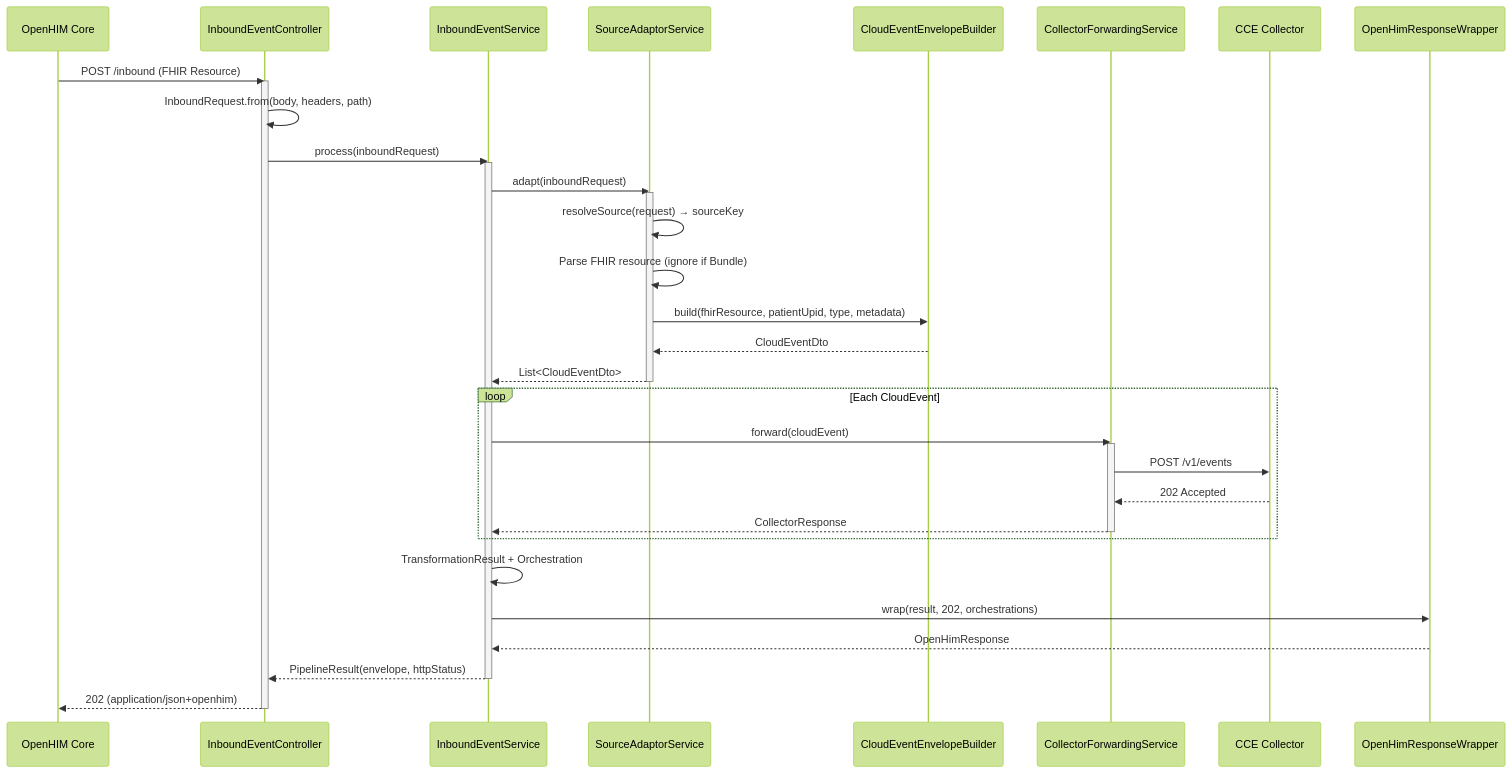
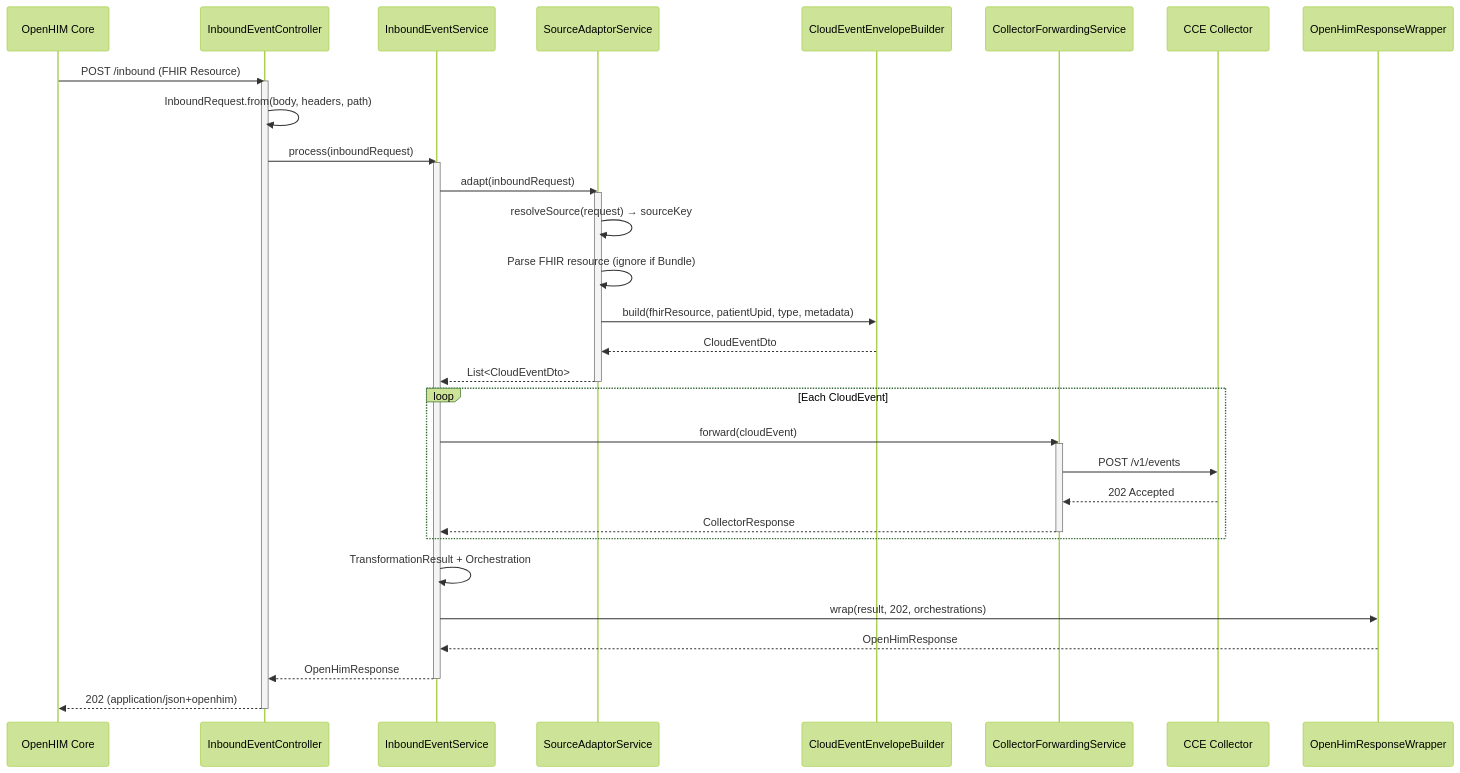
The second of 8 diagrams in docs/flow-diagrams.md (Jayaprakash8887/openhim-cce-emitter-adaptor), drawn with Mermaid (forest theme) before and after one commit. The commit also changed 2 other files, not shown here.

Commit message:
Feat #CCE-89: Services and Controller Review comment documentation update

````diff
--- a/docs/flow-diagrams.md
+++ b/docs/flow-diagrams.md
@@ -47,47 +47,47 @@
 ```mermaid
 sequenceDiagram
     participant OHC as OpenHIM Core
     participant Ctrl as InboundEventController
     participant EvtSvc as InboundEventService
     participant Svc as SourceAdaptorService
     participant CE as CloudEventEnvelopeBuilder
     participant Fwd as CollectorForwardingService
     participant Col as CCE Collector
     participant Wrap as OpenHimResponseWrapper
 
     OHC->>Ctrl: POST /inbound (FHIR Resource)
     activate Ctrl
 
     Ctrl->>Ctrl: InboundRequest.from(body, headers, path)
 
     Ctrl->>EvtSvc: process(inboundRequest)
     activate EvtSvc
 
     EvtSvc->>Svc: adapt(inboundRequest)
     activate Svc
     Svc->>Svc: resolveSource(request) → sourceKey
     Svc->>Svc: Parse FHIR resource (ignore if Bundle)
     Svc->>CE: build(fhirResource, patientUpid, type, metadata)
     CE-->>Svc: CloudEventDto
     Svc-->>EvtSvc: List<CloudEventDto>
     deactivate Svc
 
     loop Each CloudEvent
         EvtSvc->>Fwd: forward(cloudEvent)
         activate Fwd
         Fwd->>Col: POST /v1/events
         Col-->>Fwd: 202 Accepted
         Fwd-->>EvtSvc: CollectorResponse
         deactivate Fwd
     end
 
     EvtSvc->>EvtSvc: TransformationResult + Orchestration
     EvtSvc->>Wrap: wrap(result, 202, orchestrations)
     Wrap-->>EvtSvc: OpenHimResponse
 
-    EvtSvc-->>Ctrl: PipelineResult(envelope, httpStatus)
+    EvtSvc-->>Ctrl: OpenHimResponse
     deactivate EvtSvc
 
     Ctrl-->>OHC: 202 (application/json+openhim)
     deactivate Ctrl
 ```
````
